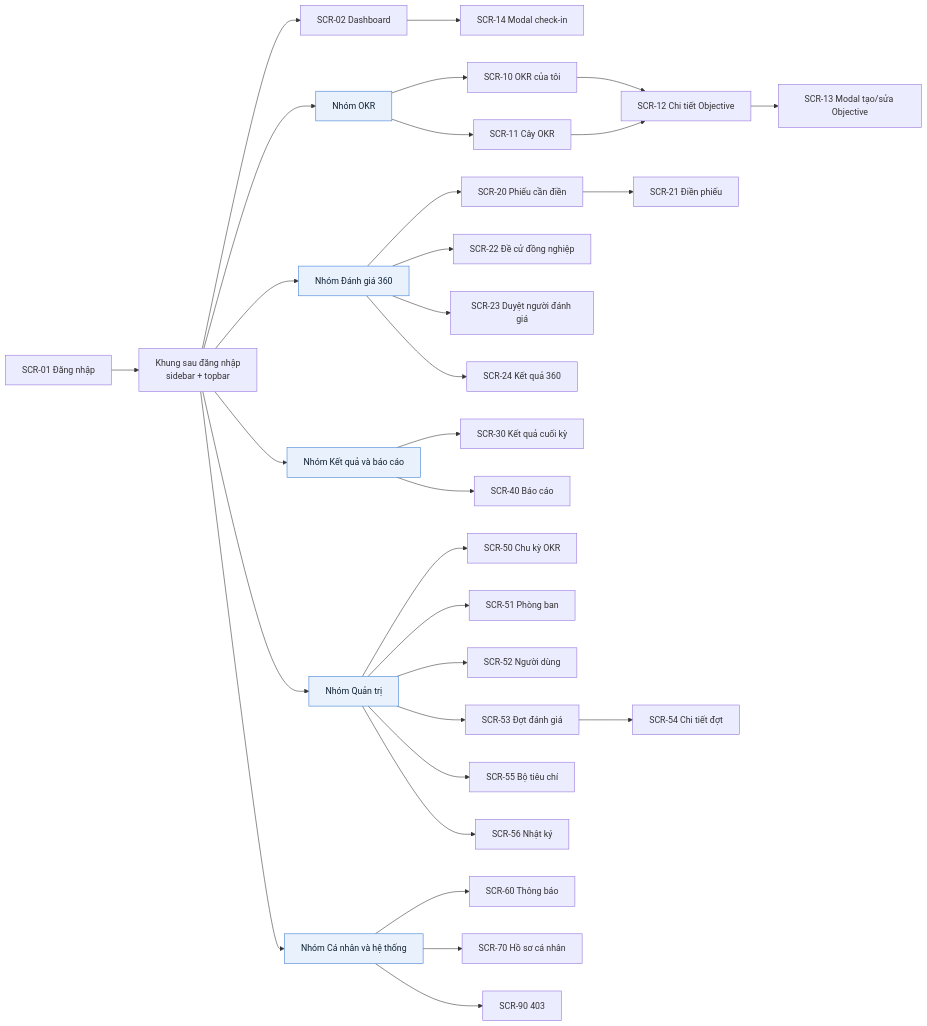
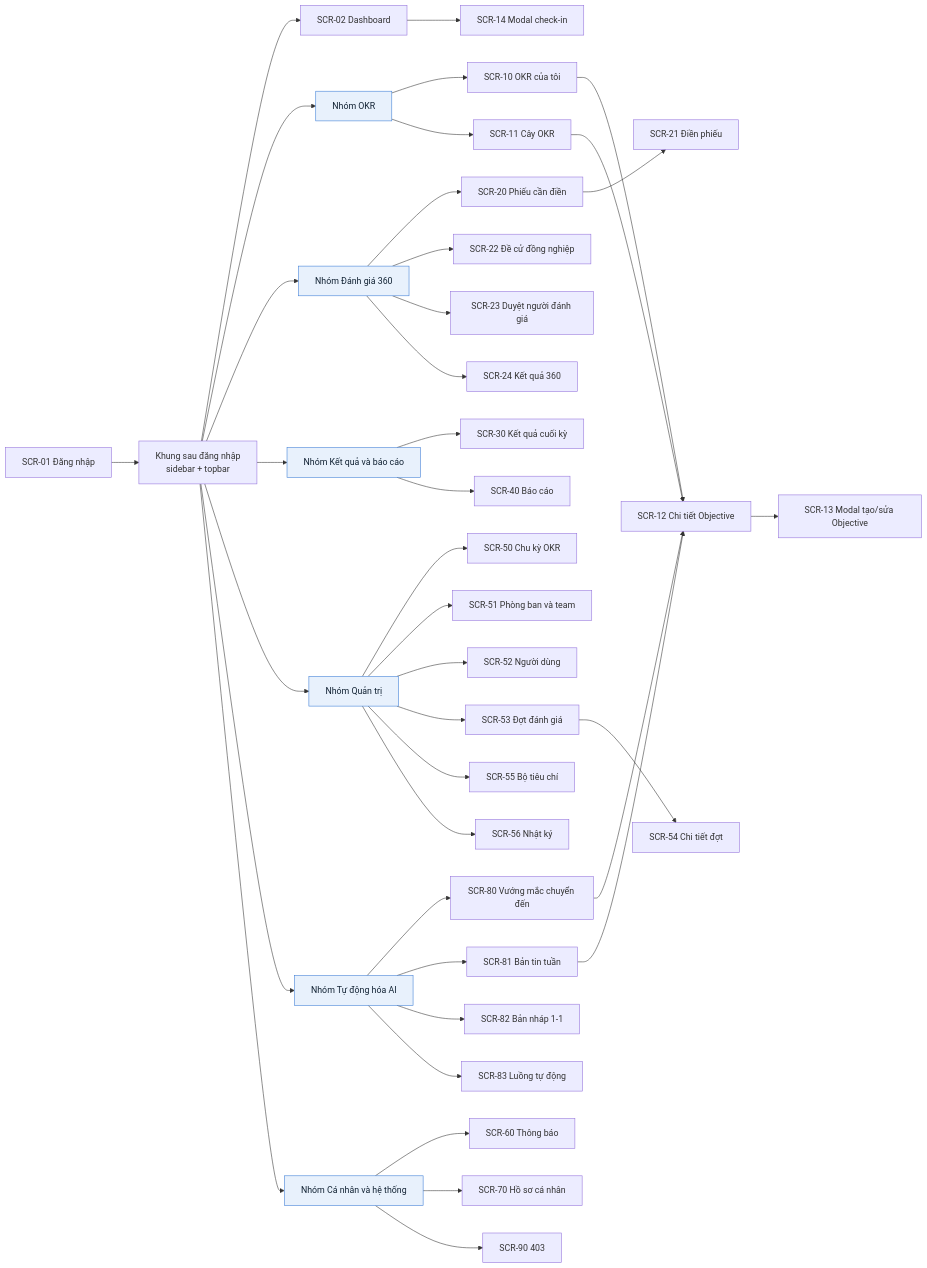
Before and after one commit to Akaza-ban/OCK-360: the first of 6 diagrams in docs/04-information-architecture.md, drawn with Mermaid. The commit also changed other lines of this file and 74 other files, not shown here.

First line of the commit message:
docs, db, frontend: add AI automation design, database schema and step ownership

````diff
--- a/docs/04-information-architecture.md
+++ b/docs/04-information-architecture.md
@@ -100,42 +117,50 @@
 ```mermaid
 flowchart LR
     Login["SCR-01 Đăng nhập"] --> Shell["Khung sau đăng nhập<br/>sidebar + topbar"]
 
     Shell --> Dashboard["SCR-02 Dashboard"]
     Dashboard --> Checkin["SCR-14 Modal check-in"]
 
     Shell --> GroupOkr["Nhóm OKR"]
     GroupOkr --> MyOkr["SCR-10 OKR của tôi"]
     GroupOkr --> Tree["SCR-11 Cây OKR"]
     MyOkr --> Detail["SCR-12 Chi tiết Objective"]
     Tree --> Detail
     Detail --> ObjForm["SCR-13 Modal tạo/sửa Objective"]
 
     Shell --> GroupReview["Nhóm Đánh giá 360"]
     GroupReview --> Todo["SCR-20 Phiếu cần điền"]
     Todo --> Form["SCR-21 Điền phiếu"]
     GroupReview --> Nominate["SCR-22 Đề cử đồng nghiệp"]
     GroupReview --> Approve["SCR-23 Duyệt người đánh giá"]
     GroupReview --> Result360["SCR-24 Kết quả 360"]
 
     Shell --> GroupResult["Nhóm Kết quả và báo cáo"]
     GroupResult --> Final["SCR-30 Kết quả cuối kỳ"]
     GroupResult --> Reports["SCR-40 Báo cáo"]
 
     Shell --> GroupAdmin["Nhóm Quản trị"]
     GroupAdmin --> Cycles["SCR-50 Chu kỳ OKR"]
-    GroupAdmin --> Depts["SCR-51 Phòng ban"]
+    GroupAdmin --> Depts["SCR-51 Phòng ban và team"]
     GroupAdmin --> Users["SCR-52 Người dùng"]
     GroupAdmin --> Campaigns["SCR-53 Đợt đánh giá"]
     Campaigns --> Campaign["SCR-54 Chi tiết đợt"]
     GroupAdmin --> Templates["SCR-55 Bộ tiêu chí"]
     GroupAdmin --> Audit["SCR-56 Nhật ký"]
+
+    Shell --> GroupAi["Nhóm Tự động hóa AI"]
+    GroupAi --> Blockers["SCR-80 Vướng mắc chuyển đến"]
+    GroupAi --> Digest["SCR-81 Bản tin tuần"]
+    GroupAi --> Drafts["SCR-82 Bản nháp 1-1"]
+    GroupAi --> Flows["SCR-83 Luồng tự động"]
+    Blockers --> Detail
+    Digest --> Detail
 
     Shell --> GroupPersonal["Nhóm Cá nhân và hệ thống"]
     GroupPersonal --> Notify["SCR-60 Thông báo"]
     GroupPersonal --> Profile["SCR-70 Hồ sơ cá nhân"]
     GroupPersonal --> Forbidden["SCR-90 403"]
 
     classDef group fill:#e8f1fc,color:#123,stroke:#3a7bd5
-    class GroupOkr,GroupReview,GroupResult,GroupAdmin,GroupPersonal group
+    class GroupOkr,GroupReview,GroupResult,GroupAdmin,GroupAi,GroupPersonal group
 ```
````
